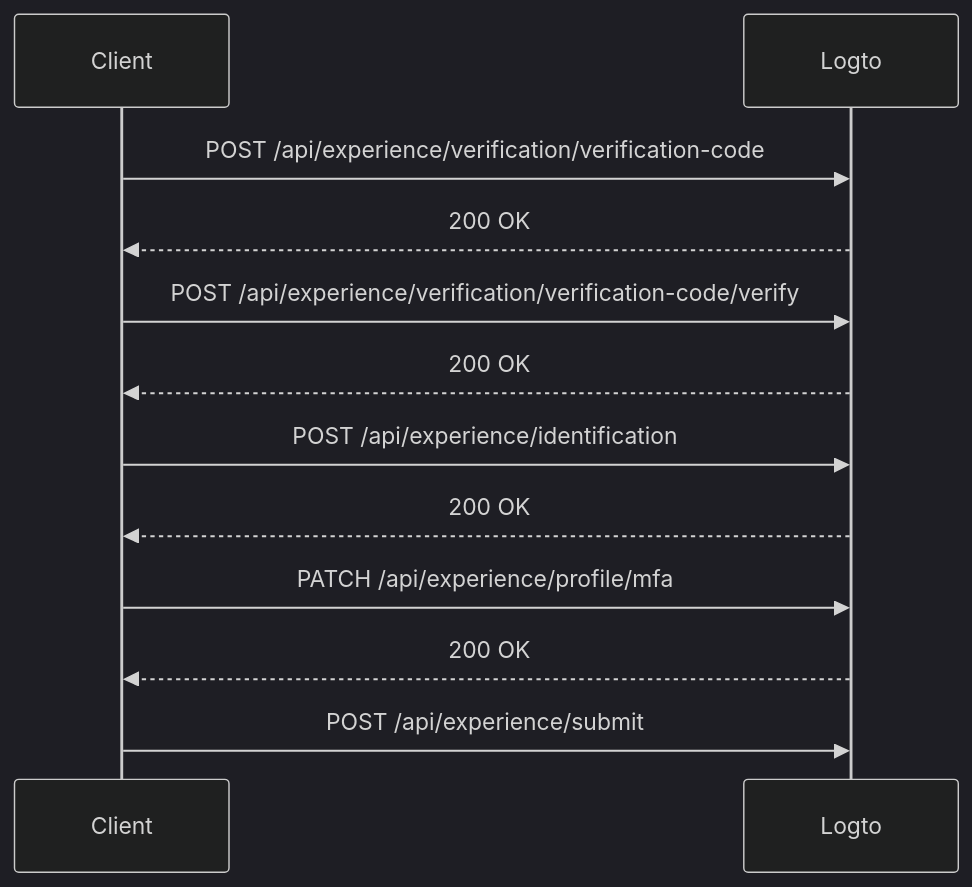
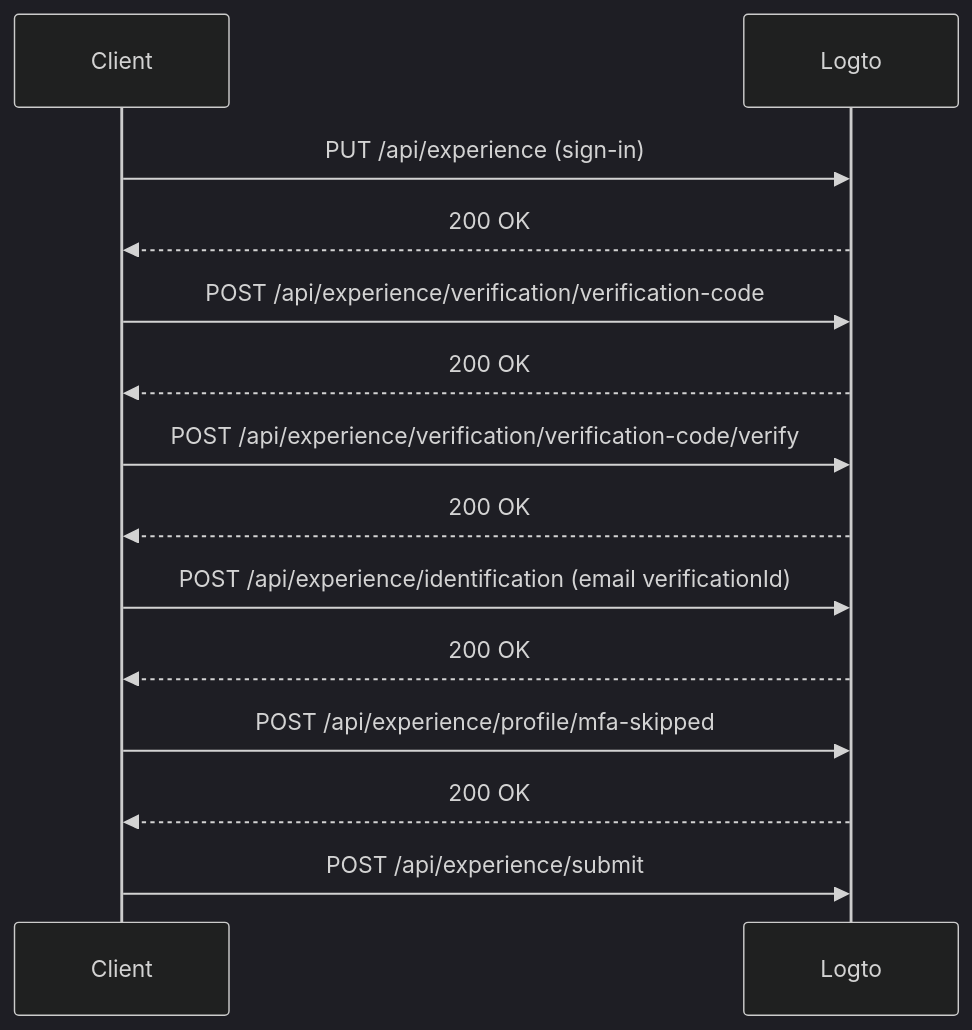
One commit to logto-io/rfcs changed the tenth of 22 diagrams in draft/0004-experience-api.md. Above: the diagram before and after it, drawn with Mermaid (dark theme). The commit also changed other lines of this file, not shown here.

First line of the commit message:
refactor: update experience API rfc

````diff
--- a/draft/0004-experience-api.md
+++ b/draft/0004-experience-api.md
@@ -720,15 +754,17 @@
 ```mermaid
 sequenceDiagram
     participant C as Client
     participant L as Logto
 
+    C->>L: PUT /api/experience (sign-in)
+    L-->>C: 200 OK
     C->>L: POST /api/experience/verification/verification-code
     L-->>C: 200 OK
     C->>L: POST /api/experience/verification/verification-code/verify
     L-->>C: 200 OK
-    C->>L: POST /api/experience/identification
+    C->>L: POST /api/experience/identification (email verificationId)
     L-->>C: 200 OK
-    C->>L: PATCH /api/experience/profile/mfa
+    C->>L: POST /api/experience/profile/mfa-skipped
     L-->>C: 200 OK
     C->>L: POST /api/experience/submit
 ```
````
